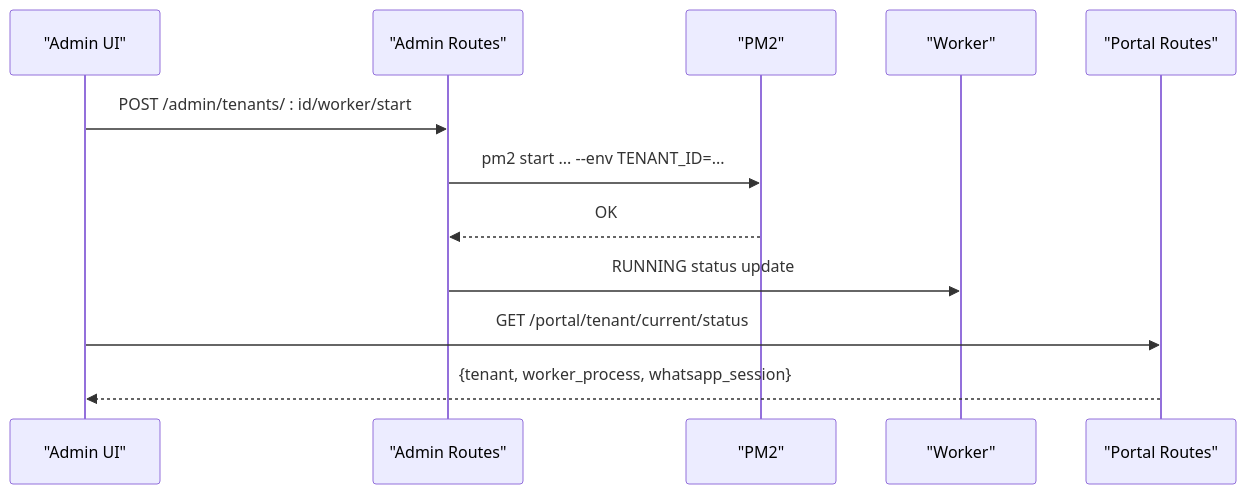
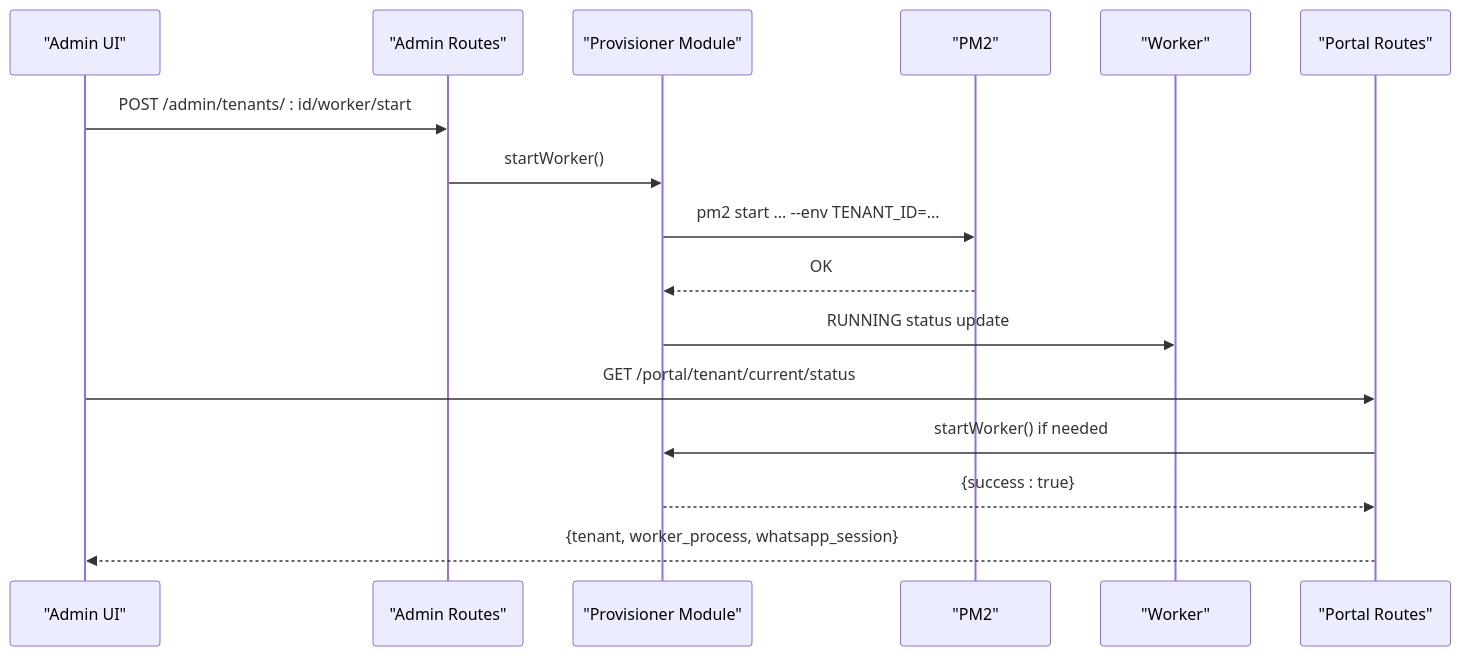
One commit to askchiwa-spec/FLOW-HQ-BOT changed the seventh of 8 diagrams in .qoder/repowiki/en/content/Worker Orchestration/Worker Orchestration.md. Above: the diagram before and after it, drawn with Mermaid. The commit also changed other lines of this file and 27 other files, not shown here.

````diff
--- a/.qoder/repowiki/en/content/Worker Orchestration/Worker Orchestration.md
+++ b/.qoder/repowiki/en/content/Worker Orchestration/Worker Orchestration.md
@@ -307,14 +340,18 @@
 ```mermaid
 sequenceDiagram
 participant Admin as "Admin UI"
 participant CP_Admin as "Admin Routes"
+participant Provisioner as "Provisioner Module"
 participant PM2 as "PM2"
 participant Worker as "Worker"
 participant CP_Portal as "Portal Routes"
 Admin->>CP_Admin : POST /admin/tenants/ : id/worker/start
-CP_Admin->>PM2 : pm2 start ... --env TENANT_ID=...
-PM2-->>CP_Admin : OK
-CP_Admin->>Worker : RUNNING status update
+CP_Admin->>Provisioner : startWorker()
+Provisioner->>PM2 : pm2 start ... --env TENANT_ID=...
+PM2-->>Provisioner : OK
+Provisioner->>Worker : RUNNING status update
 Admin->>CP_Portal : GET /portal/tenant/current/status
+CP_Portal->>Provisioner : startWorker() if needed
+Provisioner-->>CP_Portal : {success : true}
 CP_Portal-->>Admin : {tenant, worker_process, whatsapp_session}
 ```
````
